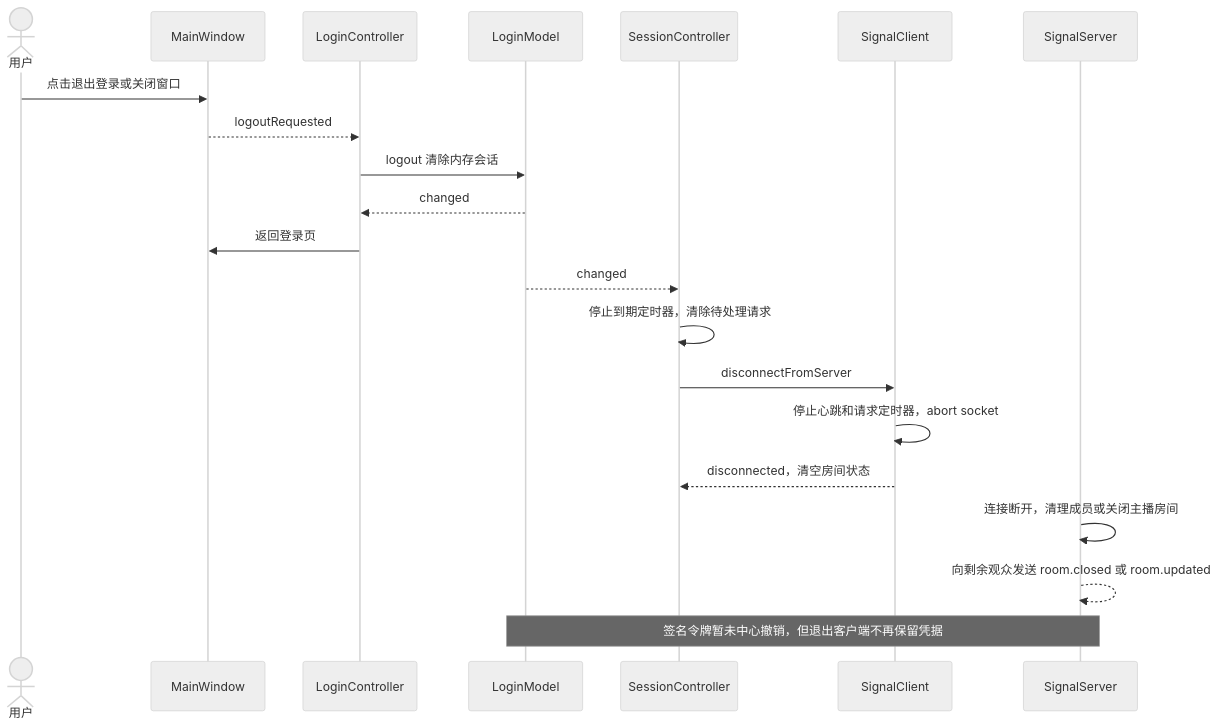
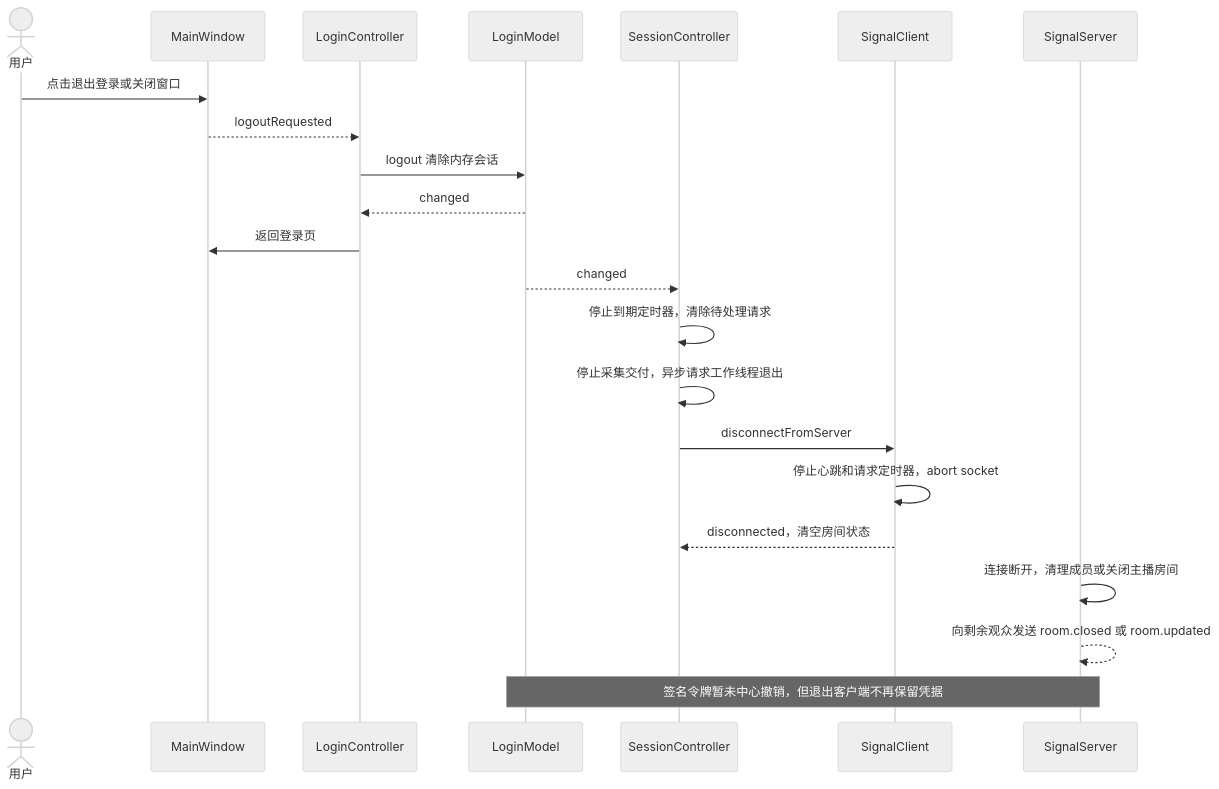
The diagram in docs/uml/logout.mmd (kingsman-svg/OBS), drawn with Mermaid (neutral theme) before and after one commit. The commit also changed 53 other files, not shown here.

```diff
--- a/docs/uml/logout.mmd
+++ b/docs/uml/logout.mmd
@@ -1,21 +1,22 @@
 sequenceDiagram
 actor U as 用户
 participant V as MainWindow
 participant L as LoginController
 participant M as LoginModel
 participant C as SessionController
 participant N as SignalClient
 participant S as SignalServer
 U->>V: 点击退出登录或关闭窗口
 V-->>L: logoutRequested
 L->>M: logout 清除内存会话
 M-->>L: changed
 L->>V: 返回登录页
 M-->>C: changed
 C->>C: 停止到期定时器，清除待处理请求
+C->>C: 停止采集交付，异步请求工作线程退出
 C->>N: disconnectFromServer
 N->>N: 停止心跳和请求定时器，abort socket
 N-->>C: disconnected，清空房间状态
 S->>S: 连接断开，清理成员或关闭主播房间
 S-->>S: 向剩余观众发送 room.closed 或 room.updated
 Note over M,S: 签名令牌暂未中心撤销，但退出客户端不再保留凭据
```
